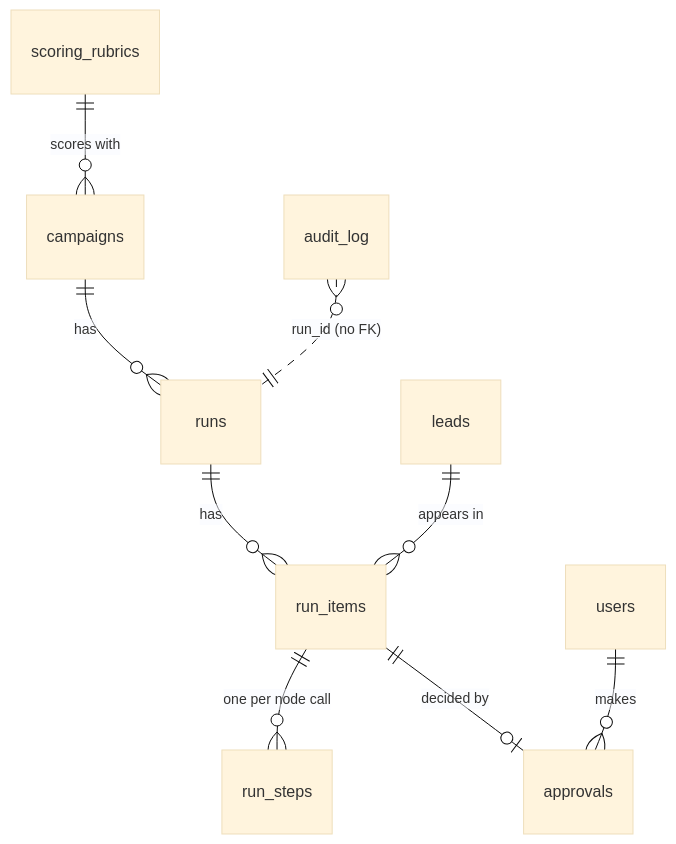
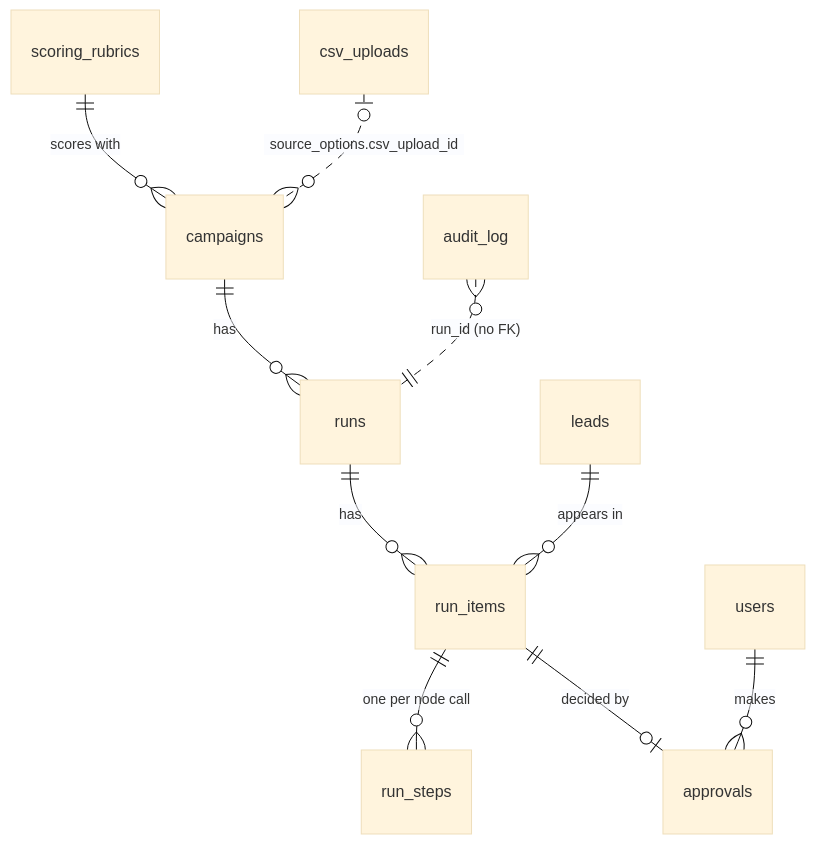
Before and after one commit to maniesh-lab/leadgate: the fifth of 6 diagrams in docs/ARCHITECTURE.md, drawn with Mermaid (base theme). The commit also changed other lines of this file and 1 other file, not shown here.

First line of the commit message:
docs: add the Phase 14 admin tools to the README and architecture

````diff
--- a/docs/ARCHITECTURE.md
+++ b/docs/ARCHITECTURE.md
@@ -132,11 +138,12 @@
 ```mermaid
 erDiagram
   scoring_rubrics ||--o{ campaigns : "scores with"
   campaigns ||--o{ runs : has
   runs ||--o{ run_items : has
   leads ||--o{ run_items : "appears in"
   run_items ||--o{ run_steps : "one per node call"
   run_items ||--o| approvals : "decided by"
   users ||--o{ approvals : makes
+  csv_uploads |o..o{ campaigns : "source_options.csv_upload_id"
   audit_log }o..|| runs : "run_id (no FK)"
 ```
````
